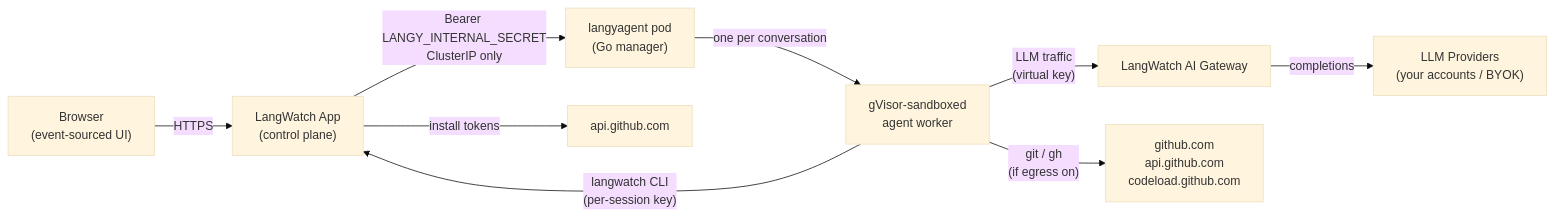
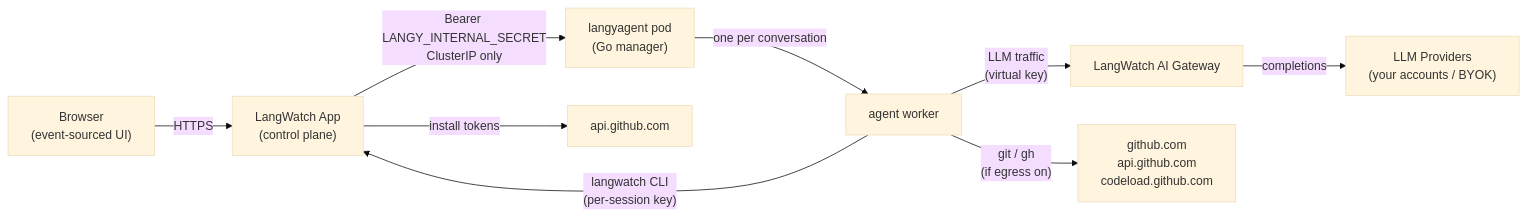
One commit to langwatch/langwatch changed the diagram in docs/self-hosting/langy/overview.mdx. Above: the diagram before and after it, drawn with Mermaid (base theme). The commit also changed other lines of this file and 3 other files, not shown here.

````diff
--- a/docs/self-hosting/langy/overview.mdx
+++ b/docs/self-hosting/langy/overview.mdx
@@ -60,11 +60,11 @@
 ```mermaid
 graph LR
     Browser["Browser<br/>(event-sourced UI)"] -->|"HTTPS"| App["LangWatch App<br/>(control plane)"]
     App -->|"Bearer LANGY_INTERNAL_SECRET<br/>ClusterIP only"| Agent["langyagent pod<br/>(Go manager)"]
-    Agent -->|"one per conversation"| Worker["gVisor-sandboxed<br/>agent worker"]
+    Agent -->|"one per conversation"| Worker["agent worker"]
     Worker -->|"langwatch CLI<br/>(per-session key)"| App
     Worker -->|"LLM traffic<br/>(virtual key)"| Gateway["LangWatch AI Gateway"]
     Gateway -->|"completions"| Providers["LLM Providers<br/>(your accounts / BYOK)"]
     Worker -->|"git / gh<br/>(if egress on)"| GitHub["github.com<br/>api.github.com<br/>codeload.github.com"]
     App -->|"install tokens"| GitHubAPI["api.github.com"]
 ```
````
